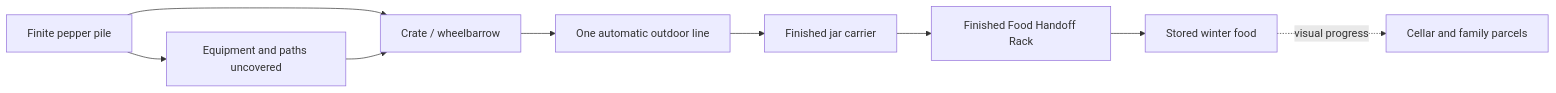
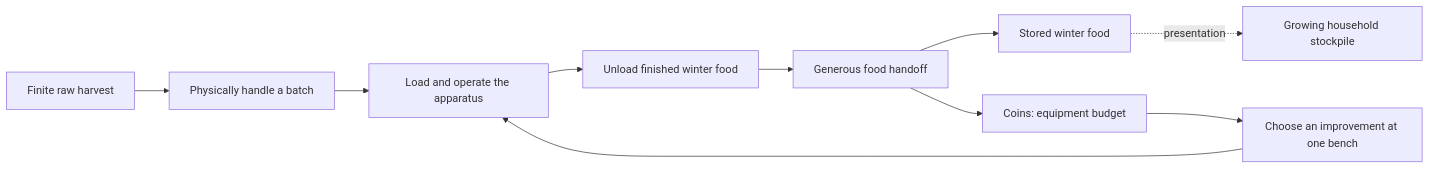
Before and after one commit to pavelbelyaev98/game-test: the diagram in games/just-a-few-peppers/docs/core-loop-and-mechanics.md, drawn with Mermaid. The commit also changed other lines of this file and 70 other files, not shown here.

````diff
--- a/games/just-a-few-peppers/docs/core-loop-and-mechanics.md
+++ b/games/just-a-few-peppers/docs/core-loop-and-mechanics.md
@@ -9,11 +9,12 @@
 ```mermaid
 flowchart LR
-    A[Finite pepper pile] --> B[Crate / wheelbarrow]
-    B --> C[One automatic outdoor line]
-    C --> D[Finished jar carrier]
-    D --> E[Finished Food Handoff Rack]
+    A[Finite raw harvest] --> B[Physically handle a batch]
+    B --> C[Load and operate the apparatus]
+    C --> D[Unload finished winter food]
+    D --> E[Generous food handoff]
     E --> F[Stored winter food]
-    F -. visual progress .-> G[Cellar and family parcels]
-    A --> H[Equipment and paths uncovered]
-    H --> B
+    E --> G[Coins: equipment budget]
+    G --> H[Choose an improvement at one bench]
+    H --> C
+    F -. presentation .-> I[Growing household stockpile]
 ```
````
